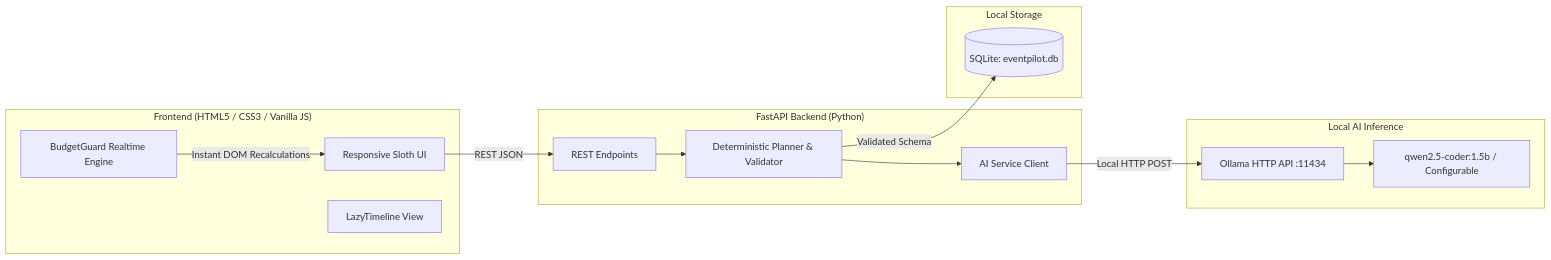
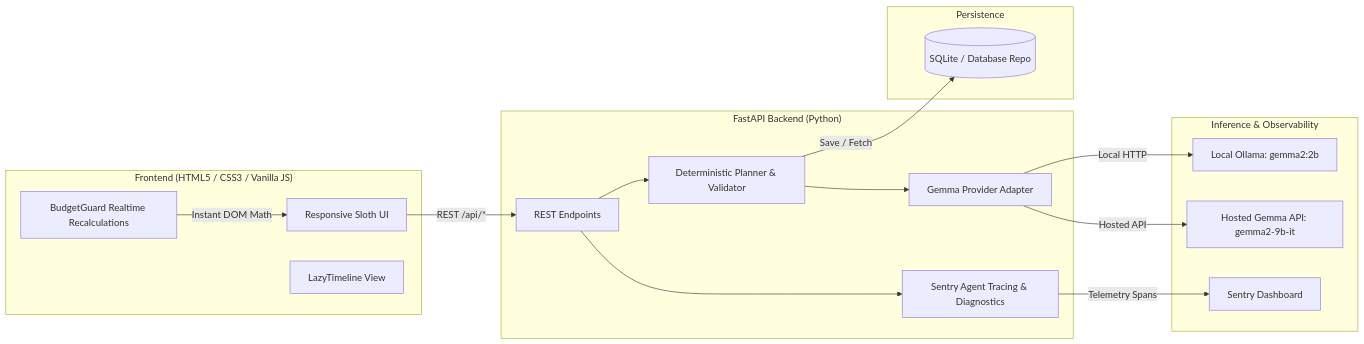
Before and after one commit to riyanshika7/EVENTPILOT: the diagram in README.md, drawn with Mermaid. The commit also changed other lines of this file and 13 other files, not shown here.

Commit message:
Enhance EventPilot AI with Gemma inference, Render deployment, and Sentry agent tracing

````diff
--- a/README.md
+++ b/README.md
@@ -41,31 +72,35 @@
 ```mermaid
 graph LR
     subgraph Frontend ["Frontend (HTML5 / CSS3 / Vanilla JS)"]
         UI[Responsive Sloth UI]
-        BG[BudgetGuard Realtime Engine]
+        BG[BudgetGuard Realtime Recalculations]
         TL[LazyTimeline View]
     end
 
     subgraph Backend ["FastAPI Backend (Python)"]
         API[REST Endpoints]
         Planner[Deterministic Planner & Validator]
-        AIService[AI Service Client]
+        AIService[Gemma Provider Adapter]
+        Obs[Sentry Agent Tracing & Diagnostics]
     end
 
-    subgraph Storage ["Local Storage"]
-        DB[(SQLite: eventpilot.db)]
+    subgraph External ["Inference & Observability"]
+        GemmaLocal[Local Ollama: gemma2:2b]
+        GemmaHosted[Hosted Gemma API: gemma2-9b-it]
+        SentryCloud[Sentry Dashboard]
     end
 
-    subgraph LLM ["Local AI Inference"]
-        Ollama[Ollama HTTP API :11434]
-        Model["qwen2.5-coder:1.5b / Configurable"]
+    subgraph Storage ["Persistence"]
+        DB[(SQLite / Database Repo)]
     end
 
-    UI -->|REST JSON| API
+    UI -->|REST /api/*| API
+    API --> Obs
+    Obs -->|Telemetry Spans| SentryCloud
     API --> Planner
     Planner --> AIService
-    AIService -->|Local HTTP POST| Ollama
-    Ollama --> Model
-    Planner -->|Validated Schema| DB
-    BG -->|Instant DOM Recalculations| UI
+    AIService -->|Local HTTP| GemmaLocal
+    AIService -->|Hosted API| GemmaHosted
+    Planner -->|Save / Fetch| DB
+    BG -->|Instant DOM Math| UI
 ```
````
